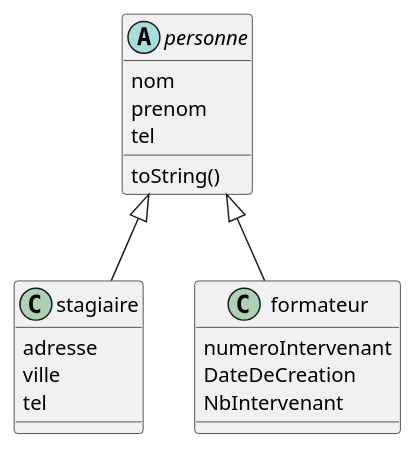
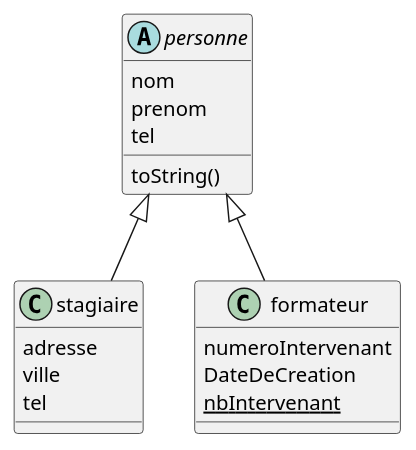
The diagram in src/tp02/ex02/ex02.puml (thibaultMA/objet-tp-3-jours), drawn with PlantUML before and after one commit. The commit also changed 11 other files, not shown here.

```diff
--- a/src/tp02/ex02/ex02.puml
+++ b/src/tp02/ex02/ex02.puml
@@ -1,25 +1,25 @@
 @startuml
 'https://plantuml.com/class-diagram
 
 abstract class personne {
    nom
    prenom
    tel
    toString()
 }
 
 class stagiaire {
    adresse
    ville
    tel
 }
 
 class formateur {
      numeroIntervenant
      DateDeCreation
-     NbIntervenant
+     <u>nbIntervenant</u>
  }
 
 personne <|-- stagiaire
 personne <|-- formateur
 @enduml
```
